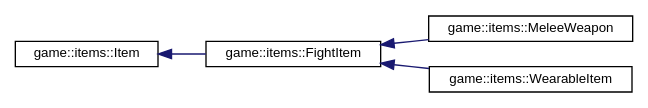
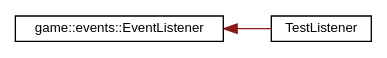
One commit to Wisteca/FilRougeDoc changed the diagram in inherit_graph_6.dot. Above: the diagram before and after it, drawn with Graphviz. The commit also changed 162 other files, not shown here.

```diff
--- a/inherit_graph_6.dot
+++ b/inherit_graph_6.dot
@@ -1,14 +1,10 @@
 digraph "Graphical Class Hierarchy"
 {
  // LATEX_PDF_SIZE
   edge [fontname="Helvetica",fontsize="10",labelfontname="Helvetica",labelfontsize="10"];
   node [fontname="Helvetica",fontsize="10",shape=record];
   rankdir="LR";
-  Node0 [label="game::items::Item",height=0.2,width=0.4,color="black", fillcolor="white", style="filled",URL="$classgame_1_1items_1_1_item.html",tooltip="An item is an object an entity can own and use."];
-  Node0 -> Node1 [dir="back",color="midnightblue",fontsize="10",style="solid",fontname="Helvetica"];
-  Node1 [label="game::items::FightItem",height=0.2,width=0.4,color="black", fillcolor="white", style="filled",URL="$classgame_1_1items_1_1_fight_item.html",tooltip="A FightItem is an object that has a role in combat."];
-  Node1 -> Node2 [dir="back",color="midnightblue",fontsize="10",style="solid",fontname="Helvetica"];
-  Node2 [label="game::items::MeleeWeapon",height=0.2,width=0.4,color="black", fillcolor="white", style="filled",URL="$classgame_1_1items_1_1_melee_weapon.html",tooltip="A Melee Weapon is used to make physical damages, for example a sword."];
-  Node1 -> Node3 [dir="back",color="midnightblue",fontsize="10",style="solid",fontname="Helvetica"];
-  Node3 [label="game::items::WearableItem",height=0.2,width=0.4,color="black", fillcolor="white", style="filled",URL="$classgame_1_1items_1_1_wearable_item.html",tooltip=" "];
+  Node0 [label="game::events::EventListener",height=0.2,width=0.4,color="black", fillcolor="white", style="filled",URL="$classgame_1_1events_1_1_event_listener.html",tooltip="This is the interface each class who wants to listen to events must implement."];
+  Node0 -> Node1 [dir="back",color="firebrick4",fontsize="10",style="solid",fontname="Helvetica"];
+  Node1 [label="TestListener",height=0.2,width=0.4,color="black", fillcolor="white", style="filled",URL="$class_test_listener.html",tooltip=" "];
 }
```
